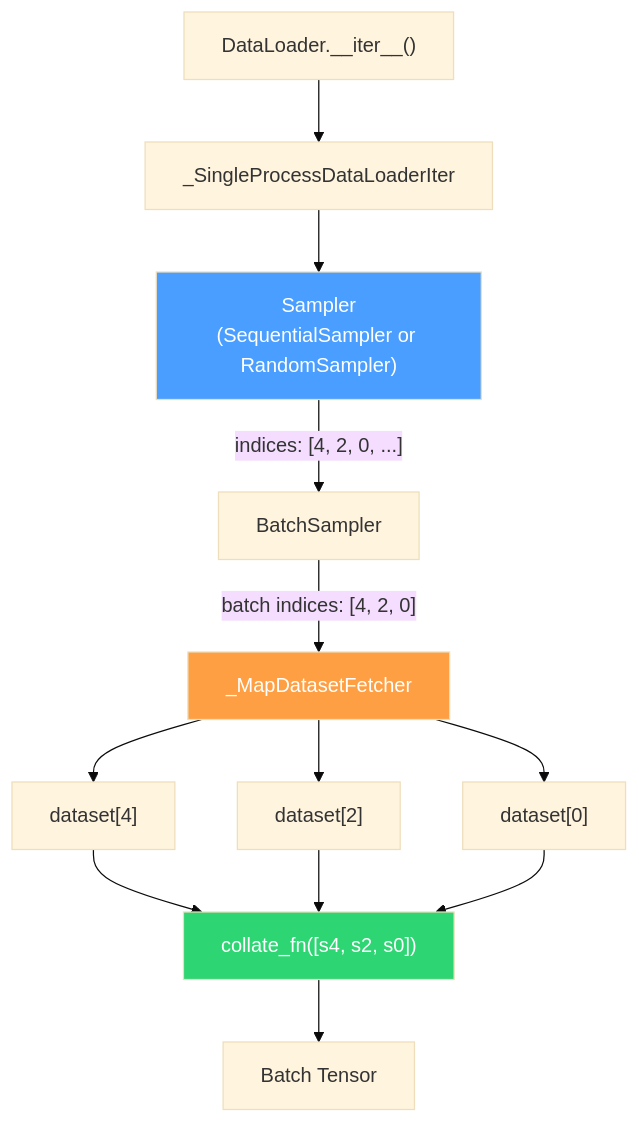
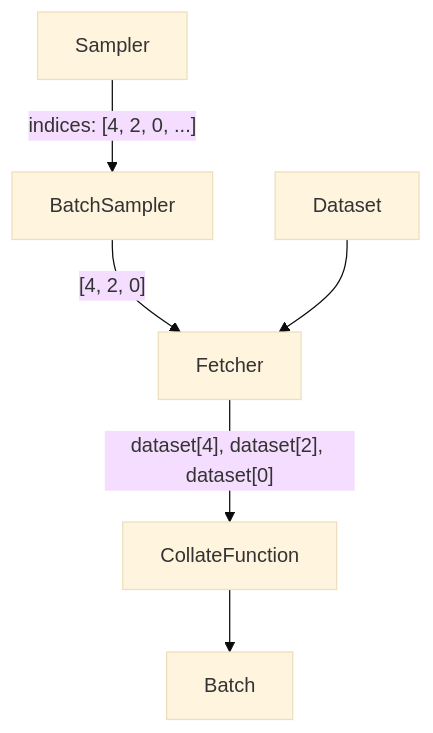
The second of 5 diagrams in docs/architecture.md (galtay/learn-torch-dataloaders), drawn with Mermaid (base theme) before and after one commit. The commit also changed other lines of this file, not shown here.

First line of the commit message:
Simplify and improve architecture diagrams

````diff
--- a/docs/architecture.md
+++ b/docs/architecture.md
@@ -52,22 +47,8 @@
 ```mermaid
 flowchart TD
-    A["DataLoader.__iter__()"] --> B["_SingleProcessDataLoaderIter"]
-
-    B --> C["Sampler<br/>(SequentialSampler or RandomSampler)"]
-    C -->|"indices: [4, 2, 0, ...]"| D["BatchSampler"]
-    D -->|"batch indices: [4, 2, 0]"| E["_MapDatasetFetcher"]
-
-    E --> F["dataset[4]"]
-    E --> G["dataset[2]"]
-    E --> H["dataset[0]"]
-
-    F --> I["collate_fn([s4, s2, s0])"]
-    G --> I
-    H --> I
-
-    I --> J["Batch Tensor"]
-
-    style C fill:#4a9eff,color:#fff
-    style E fill:#ff9f43,color:#fff
-    style I fill:#2ed573,color:#fff
+    S["Sampler"] -->|"indices: [4, 2, 0, ...]"| BS["BatchSampler"]
+    BS -->|"[4, 2, 0]"| F["Fetcher"]
+    DS["Dataset"] --> F
+    F -->|"dataset[4], dataset[2], dataset[0]"| CF["CollateFunction"]
+    CF --> OUT["Batch"]
 ```
````
